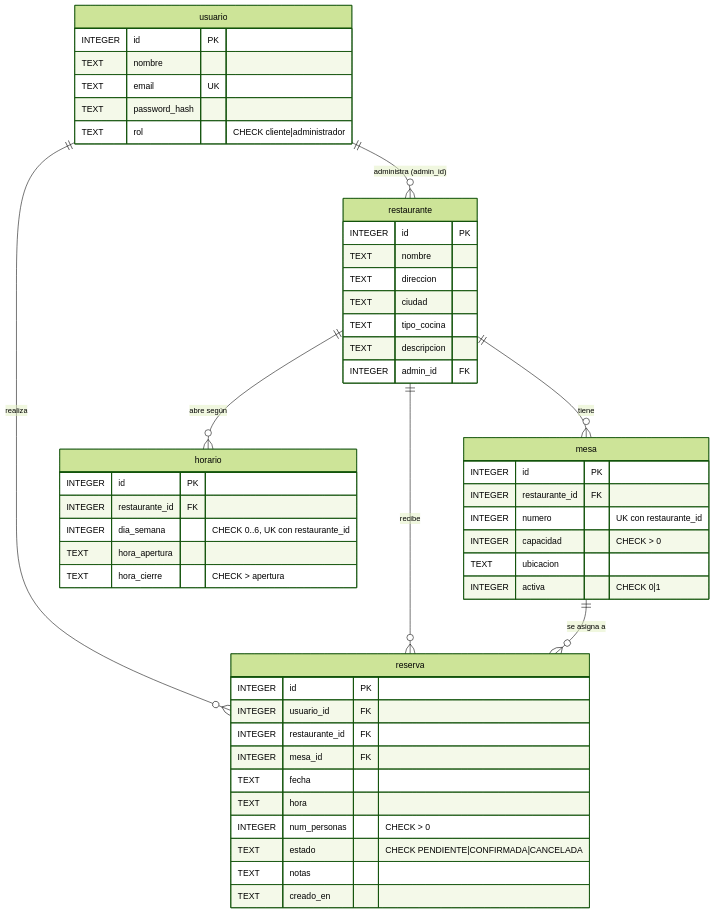
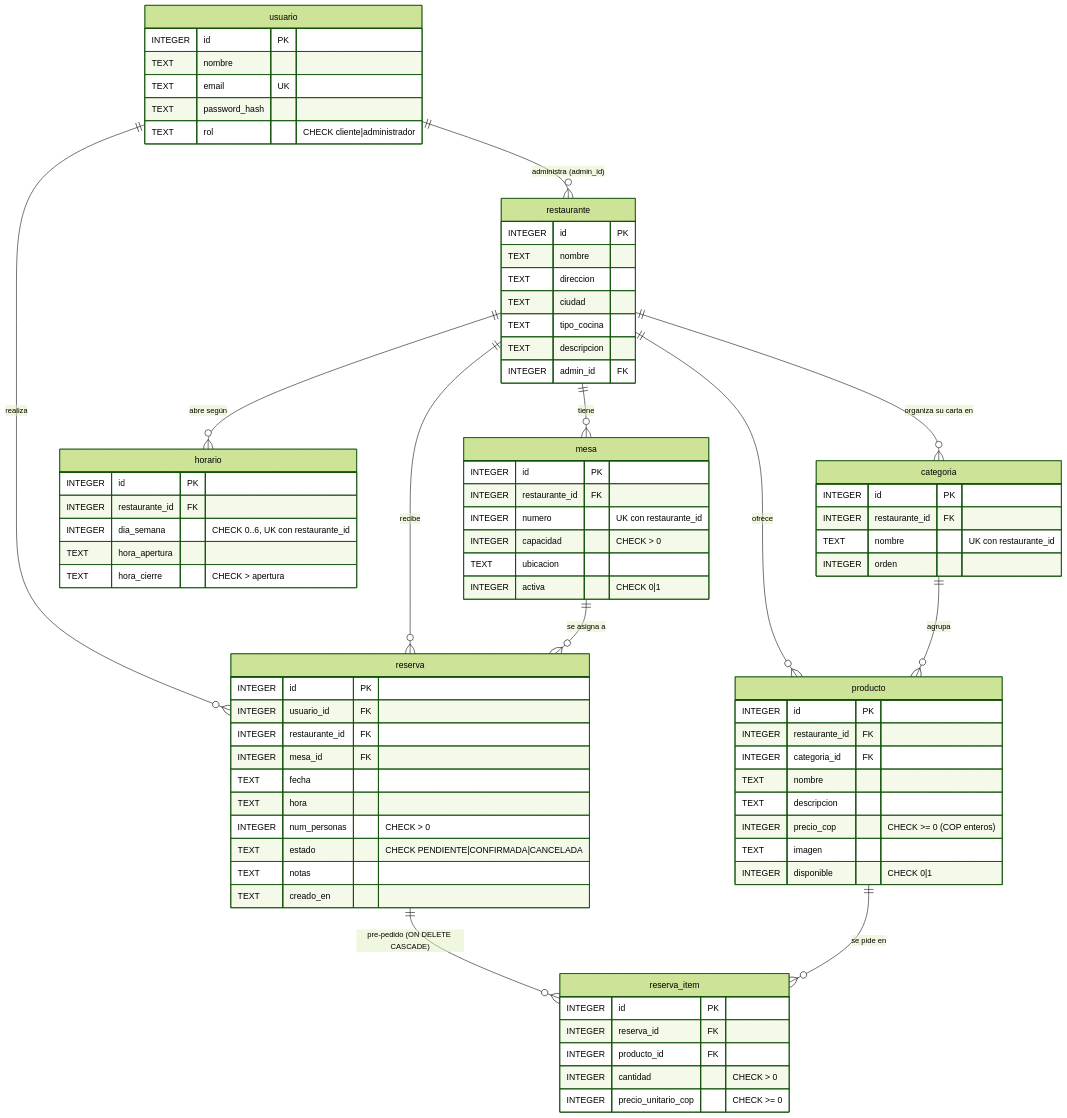
Before and after one commit to CamiloDG07/Parcial-Tellez: the diagram in docs/modelo_relacional.mmd, drawn with Mermaid (forest theme). The commit also changed 87 other files, not shown here.

Commit message:
Fase 2: registro, carta COP, pre-pedido, KPIs y administración de la carta

```diff
--- a/docs/modelo_relacional.mmd
+++ b/docs/modelo_relacional.mmd
@@ -1,50 +1,78 @@
 erDiagram
     usuario ||--o{ reserva : "realiza"
     usuario ||--o{ restaurante : "administra (admin_id)"
     restaurante ||--o{ mesa : "tiene"
     restaurante ||--o{ horario : "abre según"
     restaurante ||--o{ reserva : "recibe"
     mesa ||--o{ reserva : "se asigna a"
+    restaurante ||--o{ categoria : "organiza su carta en"
+    restaurante ||--o{ producto : "ofrece"
+    categoria ||--o{ producto : "agrupa"
+    reserva ||--o{ reserva_item : "pre-pedido (ON DELETE CASCADE)"
+    producto ||--o{ reserva_item : "se pide en"
     usuario {
         INTEGER id PK
         TEXT nombre
         TEXT email UK
         TEXT password_hash
         TEXT rol "CHECK cliente|administrador"
     }
     restaurante {
         INTEGER id PK
         TEXT nombre
         TEXT direccion
         TEXT ciudad
         TEXT tipo_cocina
         TEXT descripcion
         INTEGER admin_id FK
     }
     mesa {
         INTEGER id PK
         INTEGER restaurante_id FK
         INTEGER numero "UK con restaurante_id"
         INTEGER capacidad "CHECK > 0"
         TEXT ubicacion
         INTEGER activa "CHECK 0|1"
     }
     horario {
         INTEGER id PK
         INTEGER restaurante_id FK
         INTEGER dia_semana "CHECK 0..6, UK con restaurante_id"
         TEXT hora_apertura
         TEXT hora_cierre "CHECK > apertura"
     }
     reserva {
         INTEGER id PK
         INTEGER usuario_id FK
         INTEGER restaurante_id FK
         INTEGER mesa_id FK
         TEXT fecha
         TEXT hora
         INTEGER num_personas "CHECK > 0"
         TEXT estado "CHECK PENDIENTE|CONFIRMADA|CANCELADA"
         TEXT notas
         TEXT creado_en
     }
+    categoria {
+        INTEGER id PK
+        INTEGER restaurante_id FK
+        TEXT nombre "UK con restaurante_id"
+        INTEGER orden
+    }
+    producto {
+        INTEGER id PK
+        INTEGER restaurante_id FK
+        INTEGER categoria_id FK
+        TEXT nombre
+        TEXT descripcion
+        INTEGER precio_cop "CHECK >= 0 (COP enteros)"
+        TEXT imagen
+        INTEGER disponible "CHECK 0|1"
+    }
+    reserva_item {
+        INTEGER id PK
+        INTEGER reserva_id FK
+        INTEGER producto_id FK
+        INTEGER cantidad "CHECK > 0"
+        INTEGER precio_unitario_cop "CHECK >= 0"
+    }
```
